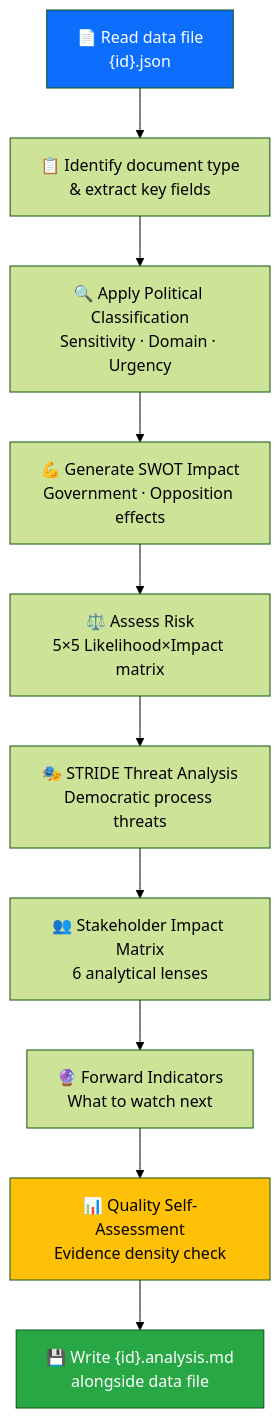
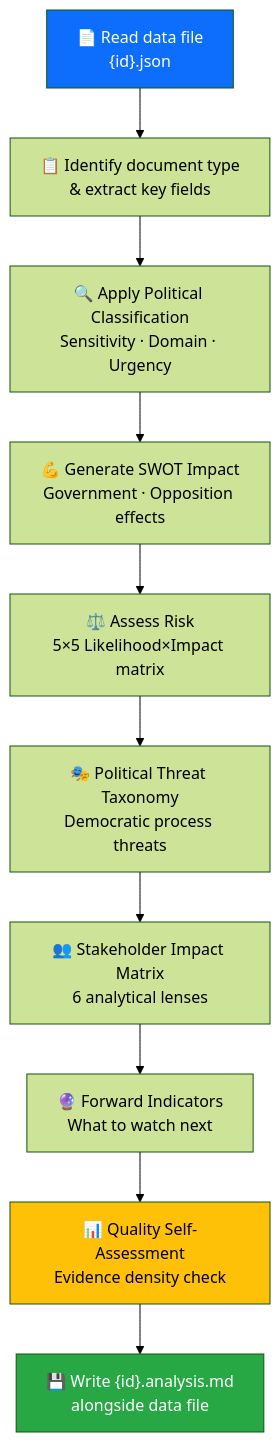
One commit to Hack23/riksdagsmonitor changed the second of 5 diagrams in analysis/methodologies/ai-driven-analysis-guide.md. Above: the diagram before and after it, drawn with Mermaid (forest theme). The commit also changed other lines of this file and 5 other files, not shown here.

First line of the commit message:
Remove ALL STRIDE/PRIDES references — replace with Political Threat Taxonomy in methodologies, templates, and prompts

````diff
--- a/analysis/methodologies/ai-driven-analysis-guide.md
+++ b/analysis/methodologies/ai-driven-analysis-guide.md
@@ -177,16 +177,16 @@
 ```mermaid
 flowchart TD
     A["📄 Read data file<br/>{id}.json"] --> B["📋 Identify document type<br/>& extract key fields"]
     B --> C["🔍 Apply Political Classification<br/>Sensitivity · Domain · Urgency"]
     C --> D["💪 Generate SWOT Impact<br/>Government · Opposition effects"]
     D --> E["⚖️ Assess Risk<br/>5×5 Likelihood×Impact matrix"]
-    E --> F["🎭 STRIDE Threat Analysis<br/>Democratic process threats"]
+    E --> F["🎭 Political Threat Taxonomy<br/>Democratic process threats"]
     F --> G["👥 Stakeholder Impact Matrix<br/>6 analytical lenses"]
     G --> H["🔮 Forward Indicators<br/>What to watch next"]
     H --> I["📊 Quality Self-Assessment<br/>Evidence density check"]
     I --> J["💾 Write {id}.analysis.md<br/>alongside data file"]
     
     style A fill:#0d6efd,color:#fff
     style J fill:#28a745,color:#fff
     style I fill:#ffc107,color:#000
 ```
````
